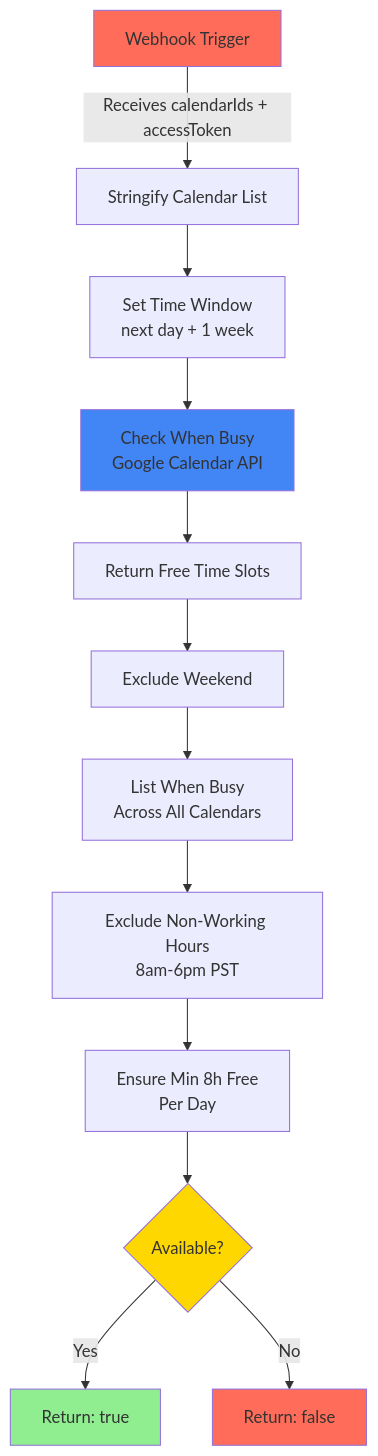
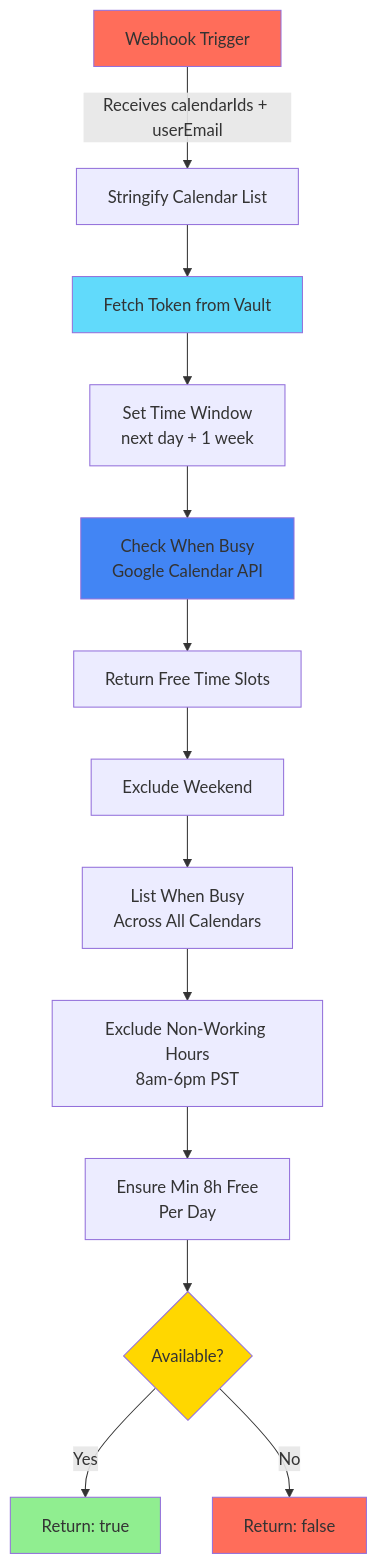
The diagram in docs/n8n-workflow-integration.md (nicmart-dev/linguistnow), drawn with Mermaid before and after one commit. The commit also changed other lines of this file and 50 other files, not shown here.

First line of the commit message:
feat(security): migrate token storage to HashiCorp Vault

````diff
--- a/docs/n8n-workflow-integration.md
+++ b/docs/n8n-workflow-integration.md
@@ -23,20 +161,22 @@
 ```mermaid
 graph TD
-    A[Webhook Trigger] -->|Receives calendarIds + accessToken| B[Stringify Calendar List]
-    B --> C[Set Time Window<br/>next day + 1 week]
+    A[Webhook Trigger] -->|Receives calendarIds + userEmail| B[Stringify Calendar List]
+    B --> V[Fetch Token from Vault]
+    V --> C[Set Time Window<br/>next day + 1 week]
     C --> D[Check When Busy<br/>Google Calendar API]
     D --> E[Return Free Time Slots]
     E --> F[Exclude Weekend]
     F --> G[List When Busy<br/>Across All Calendars]
     G --> H[Exclude Non-Working Hours<br/>8am-6pm PST]
     H --> I[Ensure Min 8h Free<br/>Per Day]
     I --> J{Available?}
     J -->|Yes| K[Return: true]
     J -->|No| L[Return: false]
 
     style A fill:#ff6d5a
+    style V fill:#61dafb
     style D fill:#4285f4
     style J fill:#ffd700
     style K fill:#90ee90
     style L fill:#ff6d5a
 ```
````
